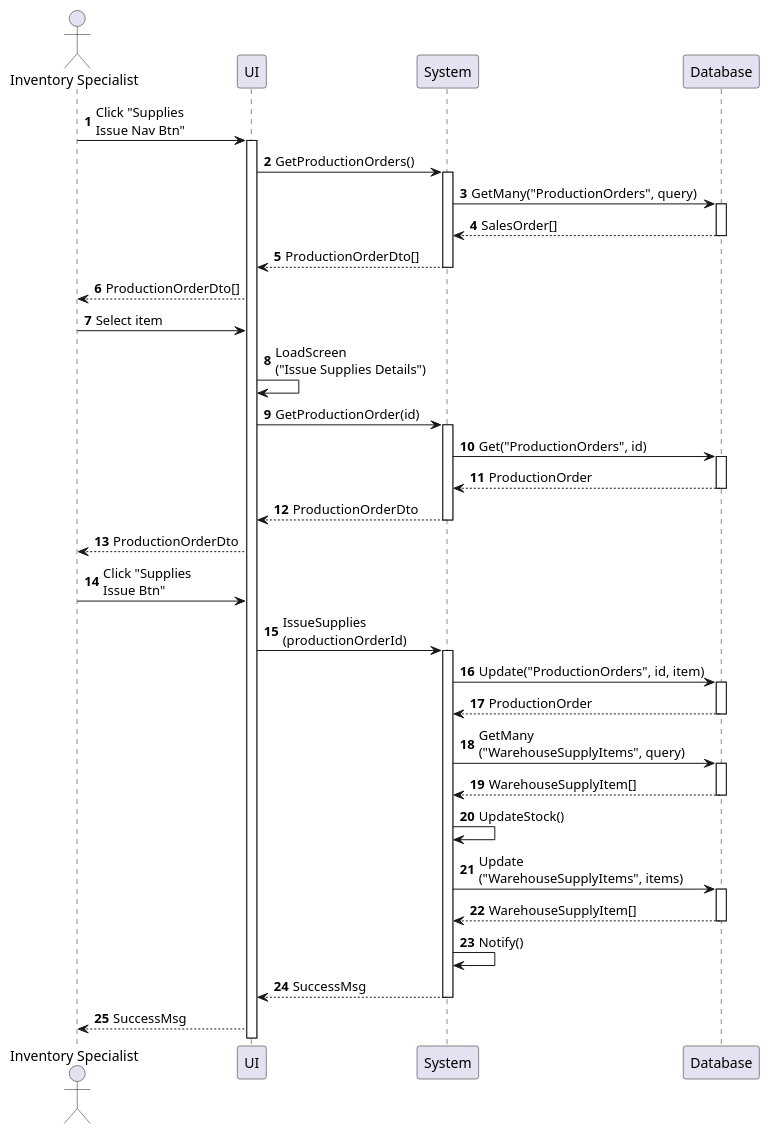
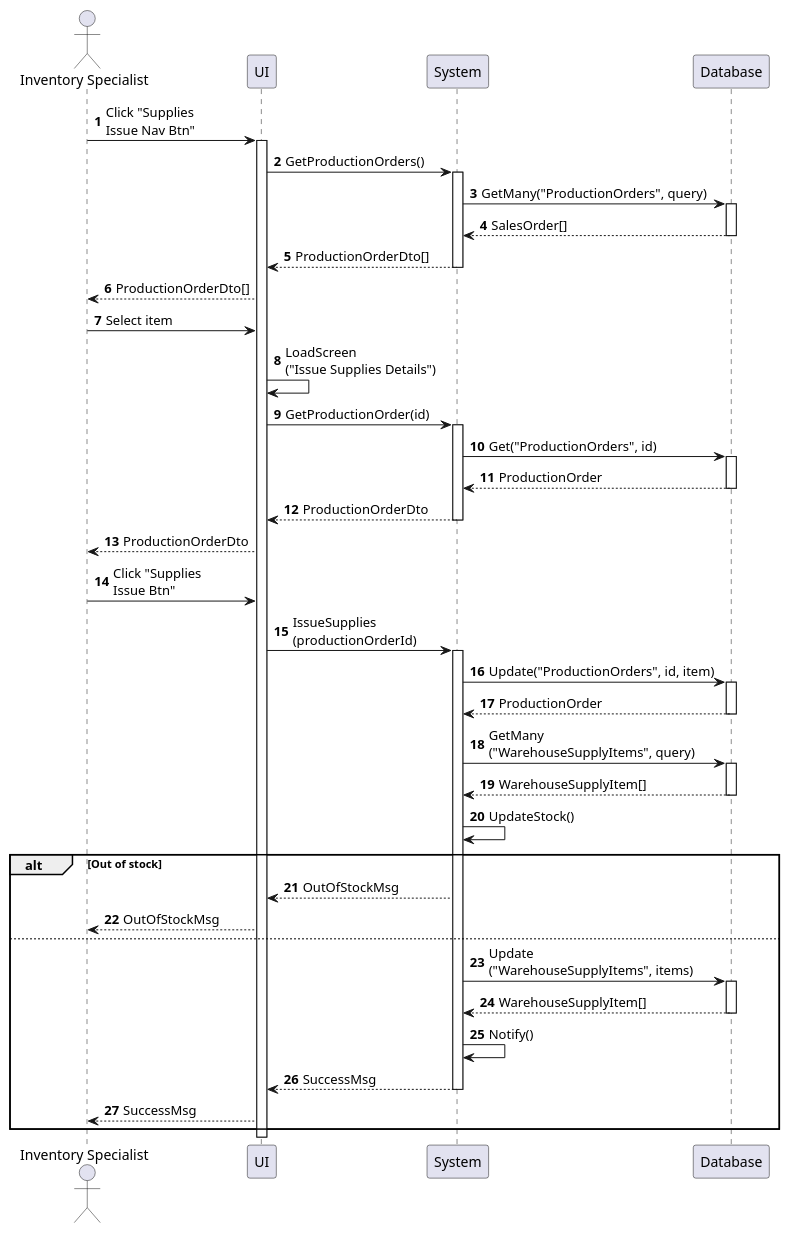
Before and after one commit to phihungha/scmss-reqs: the diagram in sequences/inventory-supply-issue.plantuml, drawn with PlantUML. The commit also changed 3 other files, not shown here.

Commit message:
Add out of stock message for issue use cases

```diff
--- a/sequences/inventory-supply-issue.plantuml
+++ b/sequences/inventory-supply-issue.plantuml
@@ -1,43 +1,49 @@
 @startuml inventory-supply-issue
 autonumber
 
 actor "Inventory Specialist" as a
 participant UI as f
 participant System as b
 participant Database as d
 
 a -> f : Click "Supplies\nIssue Nav Btn"
 activate f
 f -> b : GetProductionOrders()
 activate b
 b -> d : GetMany("ProductionOrders", query)
 activate d
 return SalesOrder[]
 return ProductionOrderDto[]
 f --> a : ProductionOrderDto[]
 a -> f : Select item
 f -> f : LoadScreen\n("Issue Supplies Details")
 f -> b : GetProductionOrder(id)
 activate b
 b -> d : Get("ProductionOrders", id)
 activate d
 return ProductionOrder
 return ProductionOrderDto
 f --> a : ProductionOrderDto
 a -> f : Click "Supplies\nIssue Btn"
 f -> b : IssueSupplies\n(productionOrderId)
 activate b
 b -> d : Update("ProductionOrders", id, item)
 activate d
 return ProductionOrder
 b -> d : GetMany\n("WarehouseSupplyItems", query)
 activate d
 return WarehouseSupplyItem[]
 b -> b : UpdateStock()
-b -> d : Update\n("WarehouseSupplyItems", items)
-activate d
-return WarehouseSupplyItem[]
-b -> b : Notify()
-return SuccessMsg
-f --> a : SuccessMsg
+
+alt Out of stock
+    b --> f : OutOfStockMsg
+    f --> a : OutOfStockMsg
+else
+    b -> d : Update\n("WarehouseSupplyItems", items)
+    activate d
+    return WarehouseSupplyItem[]
+    b -> b : Notify()
+    return SuccessMsg
+    f --> a : SuccessMsg
+end
 @enduml
```
